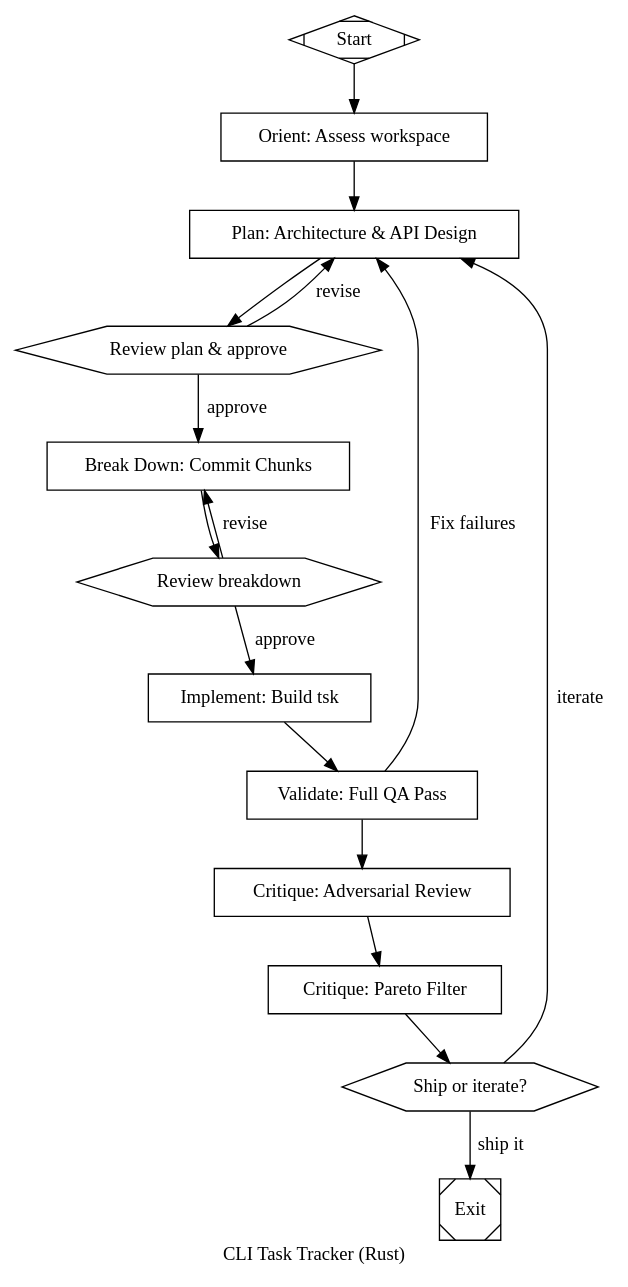
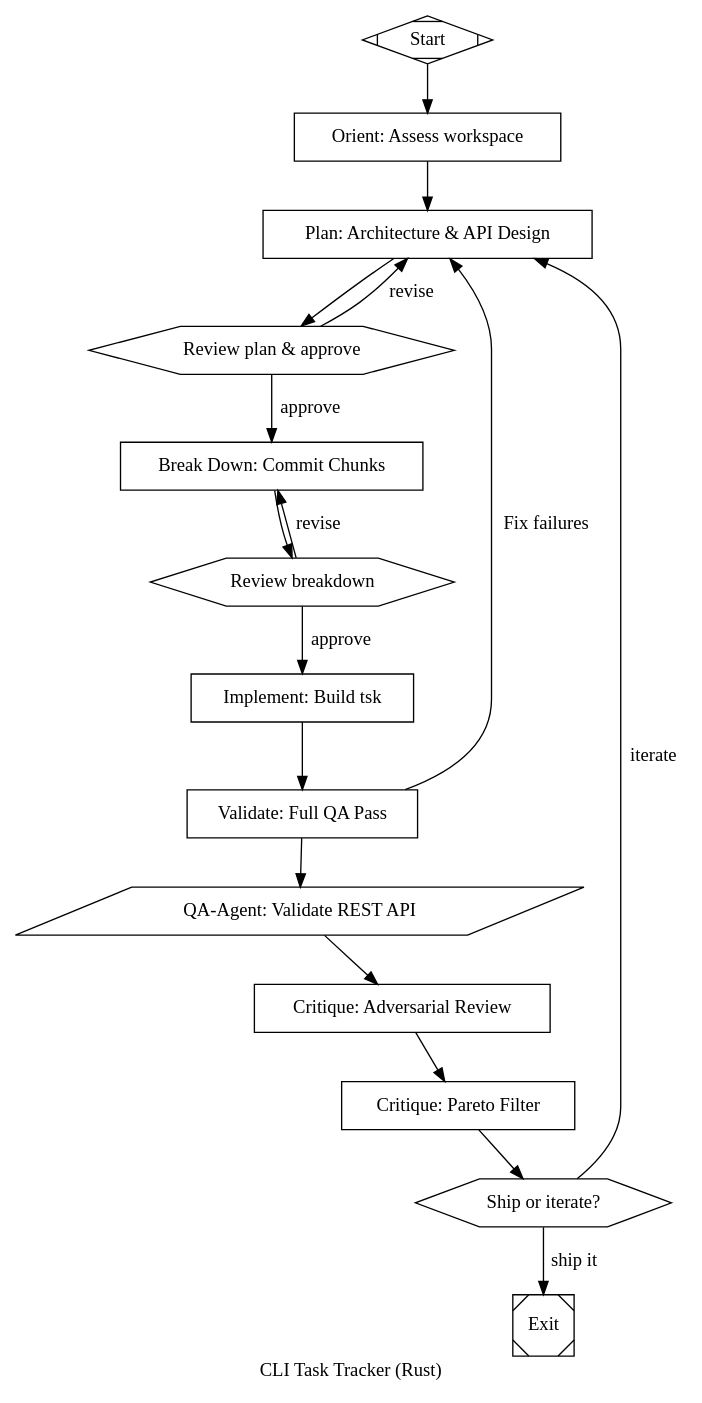
One commit to johnnyhchen/soulcaster changed the diagram in dotfiles/project-cli-task-tracker.dot. Above: the diagram before and after it, drawn with Graphviz. The commit also changed 40 other files, not shown here.

```diff
--- a/dotfiles/project-cli-task-tracker.dot
+++ b/dotfiles/project-cli-task-tracker.dot
@@ -3,6 +3,39 @@
     goal = "Build a CLI task tracker in Rust called 'tsk' that stores tasks in a local SQLite database. It should support: add, list, done, delete, and search commands. Tasks have a title, optional description, priority (low/medium/high), created_at timestamp, and done_at timestamp. The 'list' command supports filtering by priority and status. The 'search' command does full-text search across title and description. Output should be a clean table format using the comfy-table crate. The binary should be installable via 'cargo install --path .'."
     label = "CLI Task Tracker (Rust)"
     default_max_retry = 3
+
+    // ─── Definition of Done ─────────────────────────────────────────
+    //
+    //  The pipeline is complete when ALL of these are true:
+    //
+    //  BUILD
+    //    [ ] cargo build --release succeeds with zero errors
+    //    [ ] cargo clippy -- -D warnings produces zero warnings
+    //
+    //  TESTS
+    //    [ ] cargo test passes all unit and integration tests
+    //    [ ] Integration tests cover: add, list, done, delete, search
+    //
+    //  FUNCTIONAL (verified by validate node + qa-agent)
+    //    [ ] tsk add 'Buy milk' --priority high  → prints confirmation, exit 0
+    //    [ ] tsk add 'Read book'                  → default priority low, exit 0
+    //    [ ] tsk list                             → table with both tasks
+    //    [ ] tsk list --priority high             → only 'Buy milk' shown
+    //    [ ] tsk done 1                           → marks task done, exit 0
+    //    [ ] tsk list --status done               → shows completed task with done_at
+    //    [ ] tsk search 'milk'                    → finds 'Buy milk' via FTS
+    //    [ ] tsk delete 2                         → removes task, exit 0
+    //    [ ] tsk --help                           → shows usage for all commands
+    //
+    //  QA-AGENT VERIFICATION
+    //    [ ] qa-agent runs tsk through a REST wrapper and returns verdict: pass
+    //
+    //  QUALITY
+    //    [ ] No unwrap() in non-test code (uses anyhow ? operator)
+    //    [ ] All SQL uses parameterized queries (no string interpolation)
+    //    [ ] Errors produce user-friendly messages, not stack traces
+    //
+    // ─────────────────────────────────────────────────────────────────
 
     // ─── Model Stylesheet ────────────────────────────────────────────
     model_stylesheet = "
@@ -66,6 +99,7 @@
 5. Error handling strategy (anyhow for applications)
 6. Testing approach: unit tests for DB layer, integration tests for CLI commands
 7. Dependencies: clap, rusqlite (with bundled feature), comfy-table, anyhow, chrono
+8. A thin HTTP wrapper (using tiny_http or actix-web) that exposes tsk commands as REST endpoints for qa-agent validation: GET /tasks, POST /tasks, PUT /tasks/:id/done, DELETE /tasks/:id, GET /search?q=term
 
 IMPORTANT: Use bash heredoc for files over 100 lines.
 
@@ -99,6 +133,7 @@
 8. Search command: FTS5 setup, query across title+description
 9. Error handling: user-friendly error messages, exit codes
 10. Integration tests: test each command via assert_cmd crate
+11. REST wrapper: thin HTTP server exposing task CRUD for qa-agent validation
 
 Each commit must include a QA plan with specific cargo test commands.
 
@@ -168,6 +203,18 @@
     ]
 
     // ═══════════════════════════════════════════════════════════════════
+    //  PHASE 4b: QA-AGENT VALIDATION
+    //  Start the REST wrapper, run qa-agent against it, verify all
+    //  endpoints return expected results.
+    // ═══════════════════════════════════════════════════════════════════
+
+    qa_agent_validate [
+        shape=parallelogram,
+        label="QA-Agent: Validate REST API",
+        tool_command="cd $PROJECT_ROOT && cargo build --release 2>/dev/null && ./target/release/tsk serve --port 9100 & TSK_PID=$! && sleep 2 && cd $HOME/qa-agent && go run ./cmd/qa-agent run --feature 'GET http://localhost:9100/tasks returns a JSON array with status 200. POST http://localhost:9100/tasks with a JSON body creates a task and returns status 201. GET http://localhost:9100/tasks returns at least one task after creation with status 200. PUT http://localhost:9100/tasks/1/done marks the task done and returns status 200. GET http://localhost:9100/search?q=test returns matching tasks with status 200. DELETE http://localhost:9100/tasks/1 removes the task and returns status 200.' --surfaces api --budget-steps 30 --budget-minutes 3 --output-dir /tmp/qa-tsk-run 2>&1; QA_EXIT=$?; kill $TSK_PID 2>/dev/null; exit $QA_EXIT"
+    ]
+
+    // ═══════════════════════════════════════════════════════════════════
     //  PHASE 5: CRITIQUE
     // ═══════════════════════════════════════════════════════════════════
 
@@ -234,9 +281,12 @@
     // Phase 3 → 4
     implement -> validate
 
-    // Phase 4 routing
-    validate -> critique_harsh [condition="outcome=success"]
+    // Phase 4 → 4b (qa-agent)
+    validate -> qa_agent_validate [condition="outcome=success"]
     validate -> plan [condition="outcome=fail", label="Fix failures"]
+
+    // Phase 4b → 5
+    qa_agent_validate -> critique_harsh
 
     // Phase 5
     critique_harsh -> critique_pareto
```
